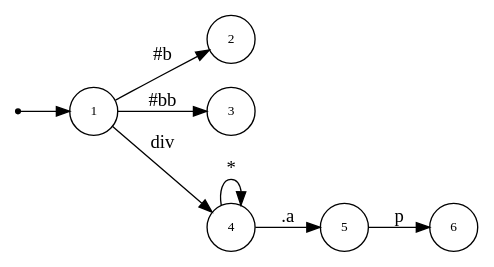
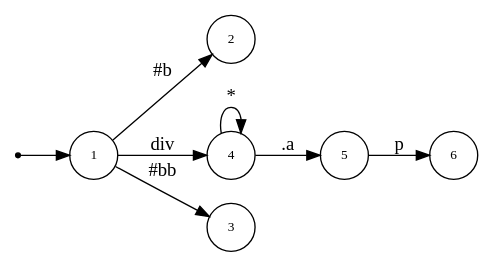
The diagram in css-gen-op/testcase/dot_tri.dot (asukaminato0721/css-bitvector-compiler), drawn with Graphviz before and after one commit. The commit also changed other lines of this file and 19 other files, not shown here.

```diff
--- a/css-gen-op/testcase/dot_tri.dot
+++ b/css-gen-op/testcase/dot_tri.dot
@@ -1,19 +1,19 @@
 digraph NFA {
   rankdir=LR;
   node [shape=circle, fontsize=10];
   __start [shape=point, label=""];
   __start -> 1;
+  2 [label="2"];
   5 [label="5"];
   1 [label="1"];
-  2 [label="2"];
+  4 [label="4"];
+  3 [label="3"];
   6 [label="6"];
-  3 [label="3"];
-  4 [label="4"];
   { node [shape=doublecircle]; 2 3 6 }
   1 -> 2 [label="#b"];
   1 -> 3 [label="#bb"];
   1 -> 4 [label="div"];
   4 -> 4 [label="*"];
   4 -> 5 [label=".a"];
   5 -> 6 [label="p"];
 }
```
